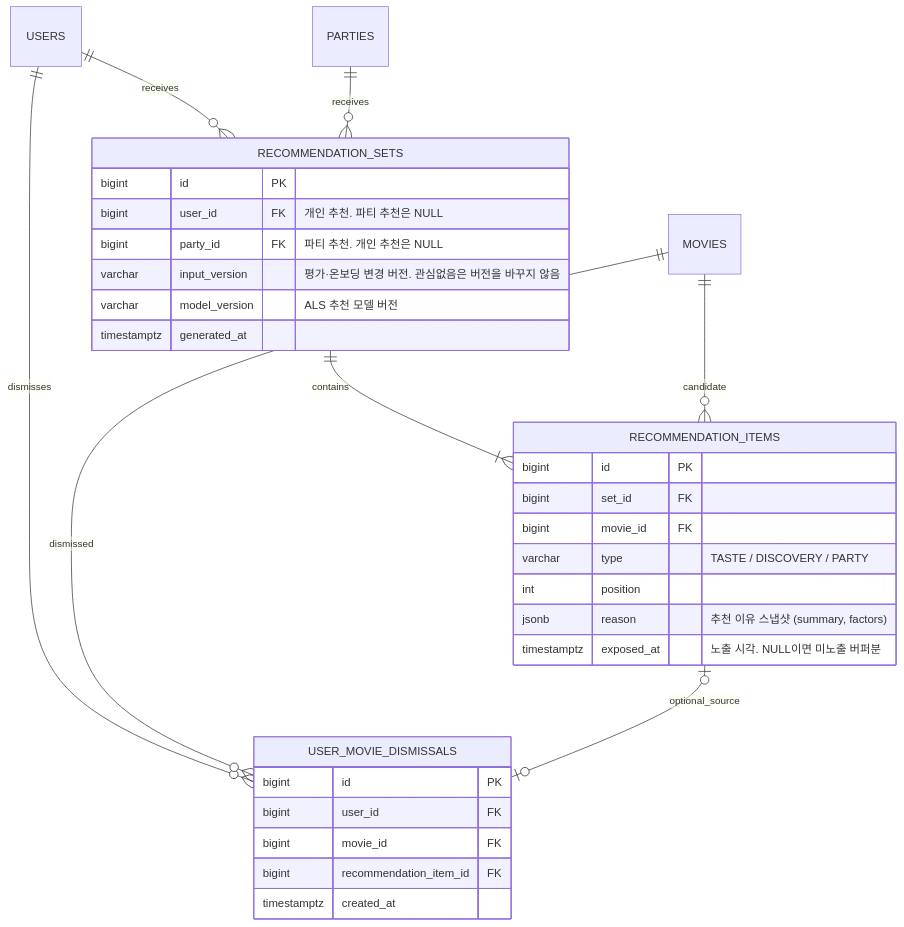
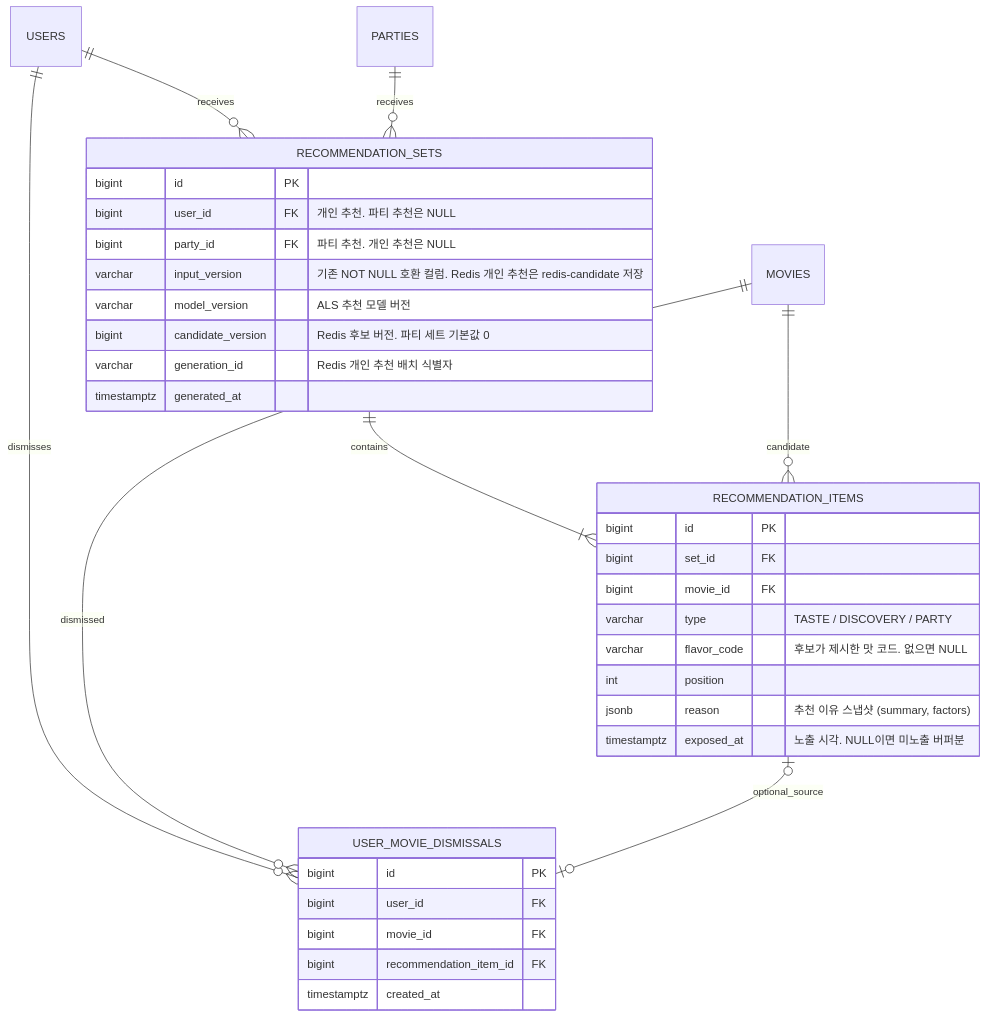
One commit to koongya-studio/feelm changed the fifth of 8 diagrams in docs/erd.md. Above: the diagram before and after it, drawn with Mermaid. The commit also changed other lines of this file and 23 other files, not shown here.

````diff
--- a/docs/erd.md
+++ b/docs/erd.md
@@ -299,35 +299,38 @@
 ```mermaid
 erDiagram
     RECOMMENDATION_SETS {
         bigint id PK
         bigint user_id FK "개인 추천. 파티 추천은 NULL"
         bigint party_id FK "파티 추천. 개인 추천은 NULL"
-        varchar input_version "평가·온보딩 변경 버전. 관심없음은 버전을 바꾸지 않음"
+        varchar input_version "기존 NOT NULL 호환 컬럼. Redis 개인 추천은 redis-candidate 저장"
         varchar model_version "ALS 추천 모델 버전"
+        bigint candidate_version "Redis 후보 버전. 파티 세트 기본값 0"
+        varchar generation_id "Redis 개인 추천 배치 식별자"
         timestamptz generated_at
     }
     RECOMMENDATION_ITEMS {
         bigint id PK
         bigint set_id FK
         bigint movie_id FK
         varchar type "TASTE / DISCOVERY / PARTY"
+        varchar flavor_code "후보가 제시한 맛 코드. 없으면 NULL"
         int position
         jsonb reason "추천 이유 스냅샷 (summary, factors)"
         timestamptz exposed_at "노출 시각. NULL이면 미노출 버퍼분"
     }
     USER_MOVIE_DISMISSALS {
         bigint id PK
         bigint user_id FK
         bigint movie_id FK
         bigint recommendation_item_id FK
         timestamptz created_at
     }
 
     USERS ||--o{ RECOMMENDATION_SETS : receives
     PARTIES ||--o{ RECOMMENDATION_SETS : receives
     RECOMMENDATION_SETS ||--|{ RECOMMENDATION_ITEMS : contains
     MOVIES ||--o{ RECOMMENDATION_ITEMS : candidate
     USERS ||--o{ USER_MOVIE_DISMISSALS : dismisses
     MOVIES ||--o{ USER_MOVIE_DISMISSALS : dismissed
     RECOMMENDATION_ITEMS o|--o| USER_MOVIE_DISMISSALS : optional_source
 ```
````
